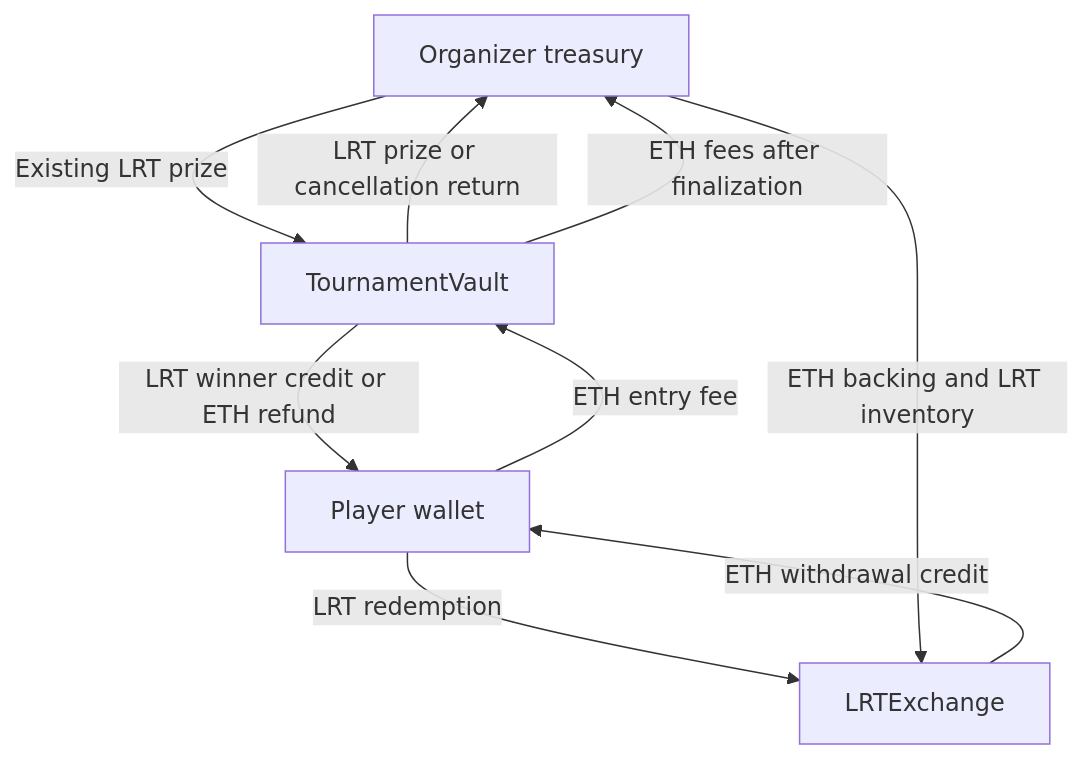
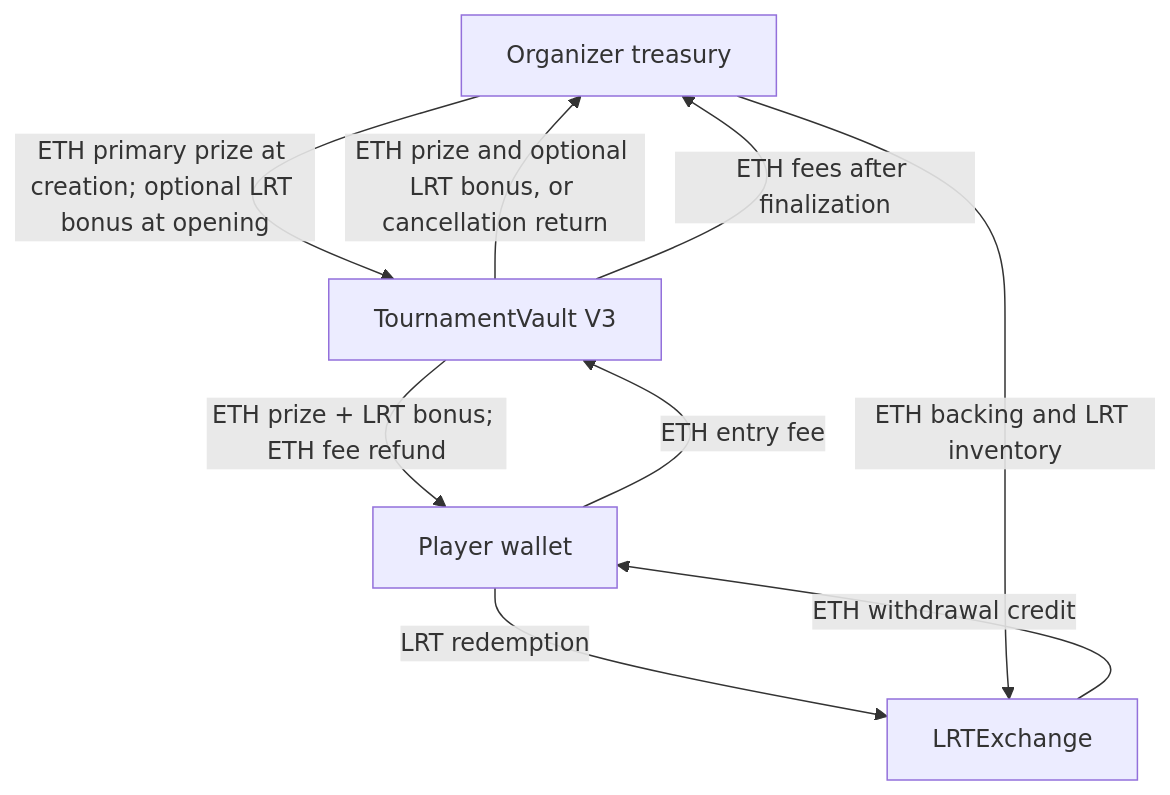
Before and after one commit to Shana-Zhang/TournamentVault: the first of 2 diagrams in docs/architecture.md, drawn with Mermaid. The commit also changed other lines of this file and 52 other files, not shown here.

Commit message:
Add ETH-prize V3 and reproducible project updates

````diff
--- a/docs/architecture.md
+++ b/docs/architecture.md
@@ -5,11 +5,11 @@
 ```mermaid
 flowchart TD
-  Treasury["Organizer treasury"] -->|"Existing LRT prize"| Vault["TournamentVault"]
+  Treasury["Organizer treasury"] -->|"ETH primary prize at creation; optional LRT bonus at opening"| Vault["TournamentVault V3"]
   Player["Player wallet"] -->|"ETH entry fee"| Vault
-  Vault -->|"LRT prize or cancellation return"| Treasury
-  Vault -->|"LRT winner credit or ETH refund"| Player
+  Vault -->|"ETH prize and optional LRT bonus, or cancellation return"| Treasury
+  Vault -->|"ETH prize + LRT bonus; ETH fee refund"| Player
   Vault -->|"ETH fees after finalization"| Treasury
   Player -->|"LRT redemption"| Exchange["LRTExchange"]
   Exchange -->|"ETH withdrawal credit"| Player
   Treasury -->|"ETH backing and LRT inventory"| Exchange
 ```
````
